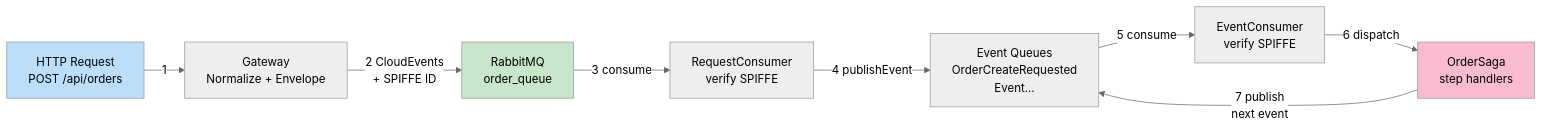
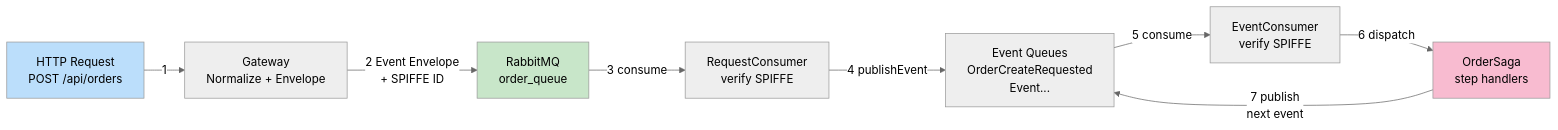
One commit to jie80219/zt-event-gateway changed the third of 21 diagrams in docs/architecture-flows.md. Above: the diagram before and after it, drawn with Mermaid (neutral theme). The commit also changed other lines of this file and 55 other files, not shown here.

````diff
--- a/docs/architecture-flows.md
+++ b/docs/architecture-flows.md
@@ -128,14 +122,14 @@
 ```mermaid
 flowchart LR
     A["HTTP Request<br/>POST /api/orders"] -->|"1"| B["Gateway<br/>Normalize + Envelope"]
-    B -->|"2 CloudEvents<br/>+ SPIFFE ID"| C["RabbitMQ<br/>order_queue"]
+    B -->|"2 Event Envelope<br/>+ SPIFFE ID"| C["RabbitMQ<br/>order_queue"]
     C -->|"3 consume"| D["RequestConsumer<br/>verify SPIFFE"]
     D -->|"4 publishEvent"| E["Event Queues<br/>OrderCreateRequested<br/>Event..."]
     E -->|"5 consume"| F["EventConsumer<br/>verify SPIFFE"]
     F -->|"6 dispatch"| G["OrderSaga<br/>step handlers"]
     G -->|"7 publish<br/>next event"| E
 
     style A fill:#bbdefb
     style C fill:#c8e6c9
     style G fill:#f8bbd0
 ```
````
